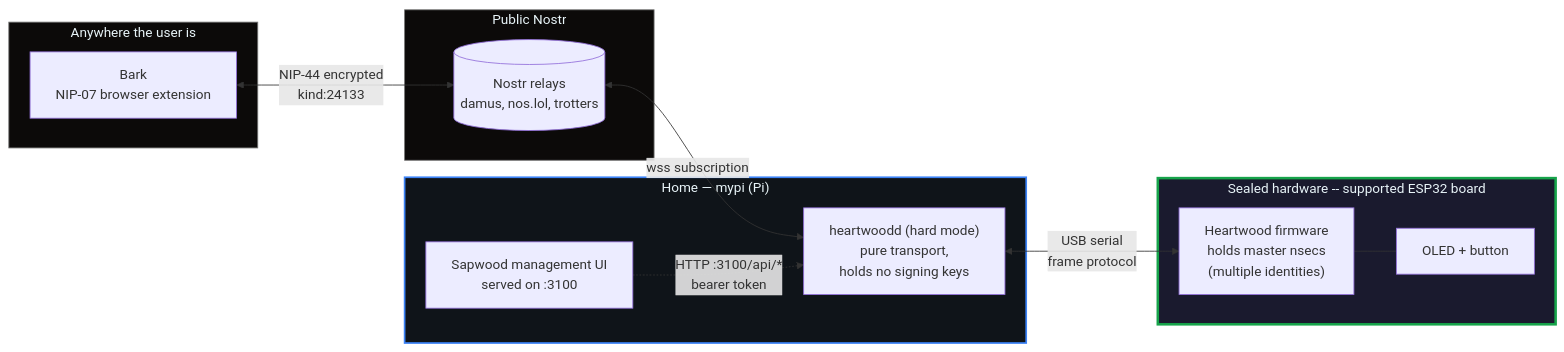
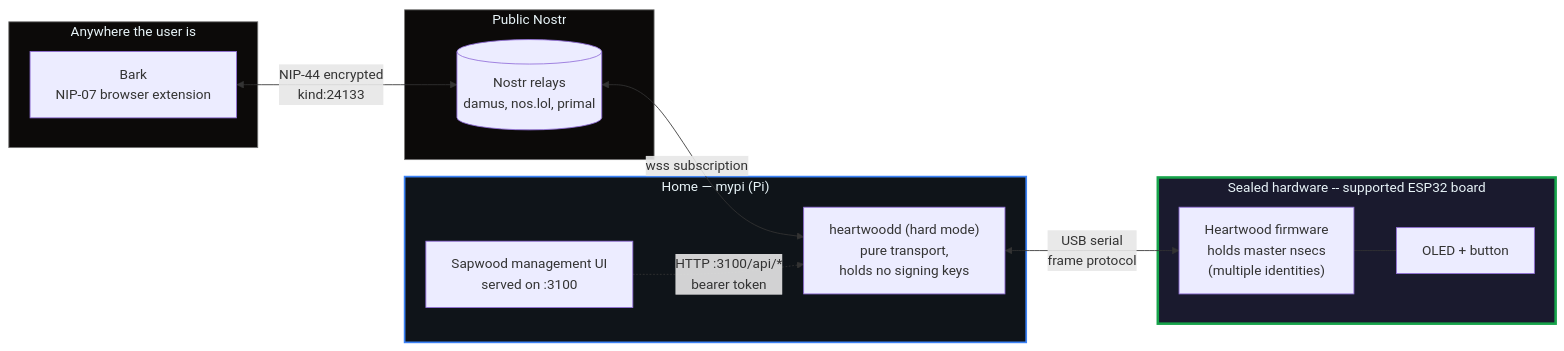
The first of 5 diagrams in docs/architecture.md (forgesworn/heartwood-esp32), drawn with Mermaid before and after one commit. The commit also changed 7 other files, not shown here.

````diff
--- a/docs/architecture.md
+++ b/docs/architecture.md
@@ -12,31 +12,31 @@
 ```mermaid
 flowchart LR
     subgraph Anywhere["Anywhere the user is"]
         Bark["Bark<br/>NIP-07 browser extension"]
     end
 
     subgraph Public["Public Nostr"]
-        Relays[("Nostr relays<br/>damus, nos.lol, trotters")]
+        Relays[("Nostr relays<br/>damus, nos.lol, primal")]
     end
 
     subgraph Home["Home — mypi (Pi)"]
         Bridge["heartwoodd (hard mode)<br/>pure transport,<br/>holds no signing keys"]
         Sapwood["Sapwood management UI<br/>served on :3100"]
     end
 
     subgraph HSM["Sealed hardware -- supported ESP32 board"]
         Firmware["Heartwood firmware<br/>holds master nsecs<br/>(multiple identities)"]
         OLED["OLED + button"]
     end
 
     Bark <-->|"NIP-44 encrypted<br/>kind:24133"| Relays
     Relays <-->|"wss subscription"| Bridge
     Bridge <-->|"USB serial<br/>frame protocol"| Firmware
     Firmware --- OLED
     Sapwood -.->|"HTTP :3100/api/*<br/>bearer token"| Bridge
 
     style HSM fill:#1a1a2e,stroke:#16a34a,stroke-width:3px,color:#e8f4f8
     style Home fill:#0f1419,stroke:#3b82f6,stroke-width:2px,color:#e8f4f8
     style Public fill:#0c0a09,stroke:#737373,color:#e8f4f8
     style Anywhere fill:#0c0a09,stroke:#737373,color:#e8f4f8
 ```
````
